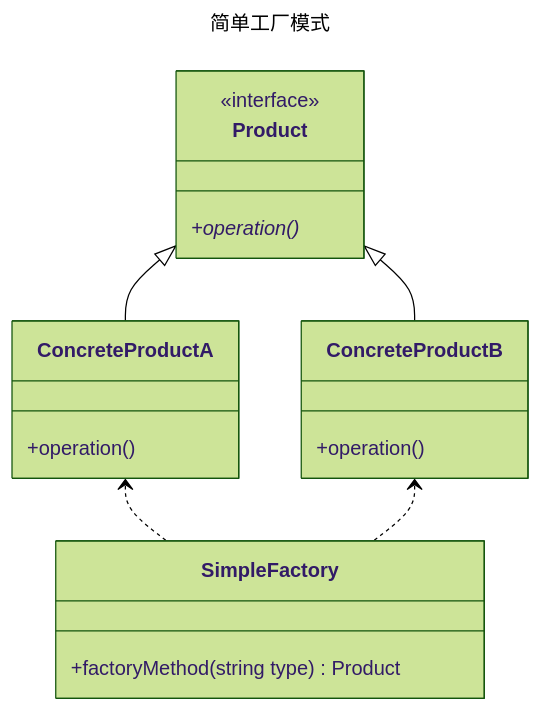
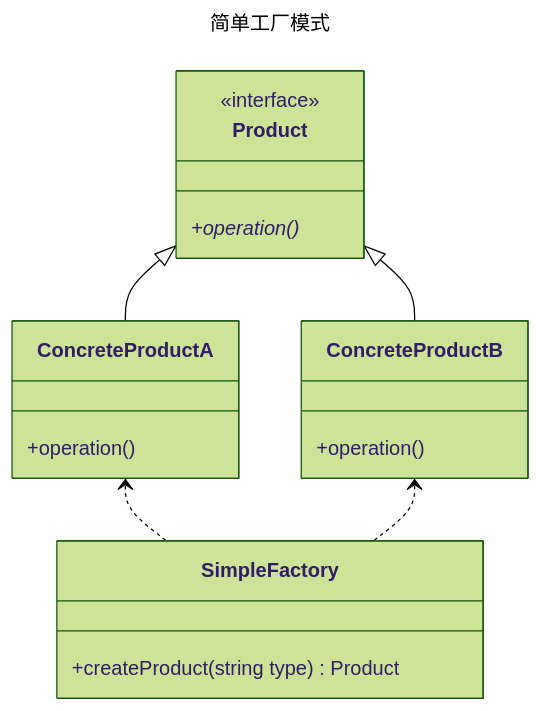
The diagram in simple-factory/README.md (fengyun89/typescript-design-patterns), drawn with Mermaid (forest theme) before and after one commit. The commit also changed 6 other files, not shown here.

````diff
--- a/simple-factory/README.md
+++ b/simple-factory/README.md
@@ -1,23 +1,23 @@
 ```mermaid
 ---
 title: 简单工厂模式
 ---
 classDiagram
     class Product {
         <<interface>>
         +operation()*
     }
     class ConcreteProductA {
         +operation()
     }
     class ConcreteProductB {
         +operation()
     }
     class SimpleFactory {
-        +factoryMethod(string type) Product
+        +createProduct(string type) Product
     }
-    Product <|-- ConcreteProductA 
-    Product <|-- ConcreteProductB 
-    ConcreteProductA <.. SimpleFactory 
-    ConcreteProductB <.. SimpleFactory 
+    Product <|-- ConcreteProductA
+    Product <|-- ConcreteProductB
+    ConcreteProductA <.. SimpleFactory
+    ConcreteProductB <.. SimpleFactory
 ```
````
